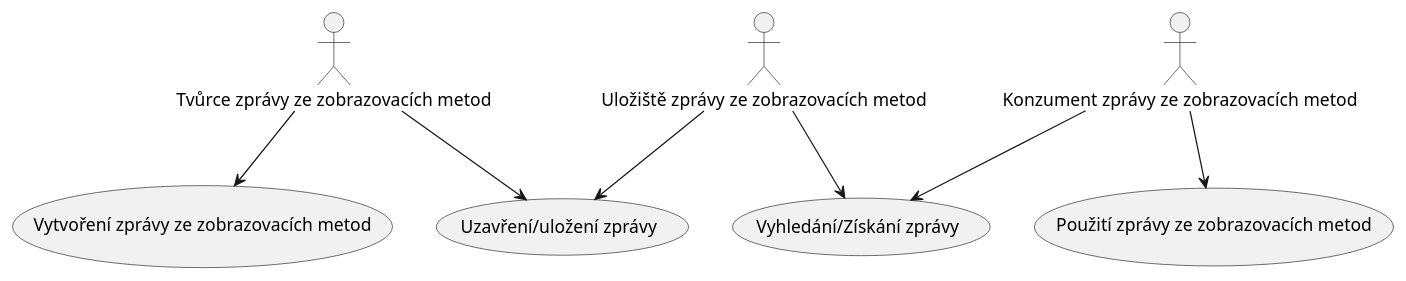
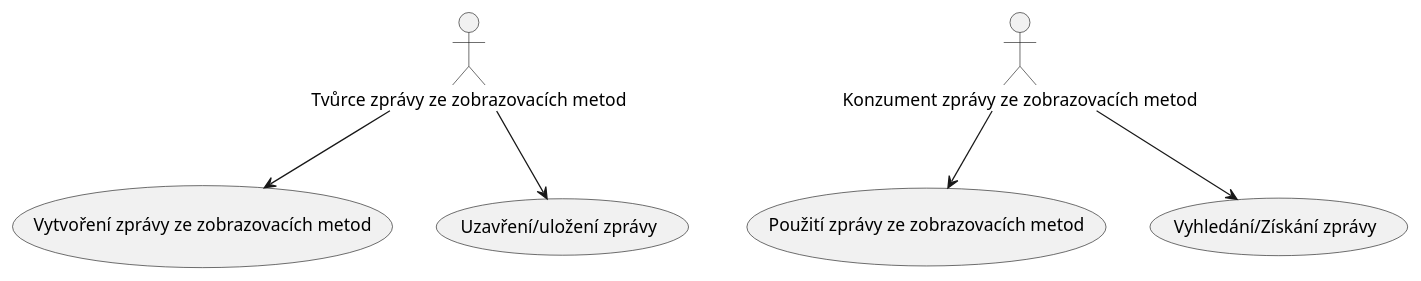
One commit to HL7-cz/img changed the diagram in input/images-source/imgReport_Actors-cs.plantuml. Above: the diagram before and after it, drawn with PlantUML. The commit also changed 8 other files, not shown here.

```diff
--- a/input/images-source/imgReport_Actors-cs.plantuml
+++ b/input/images-source/imgReport_Actors-cs.plantuml
@@ -1,17 +1,14 @@
 @startuml
 "Tvůrce zprávy ze zobrazovacích metod" as creator
-"Uložiště zprávy ze zobrazovacích metod" as repos
 "Konzument zprávy ze zobrazovacích metod" as consumer
 "Vytvoření zprávy ze zobrazovacích metod" as (create)
 "Použití zprávy ze zobrazovacích metod" as (use)
 
 "Uzavření/uložení zprávy" as (save)
 "Vyhledání/Získání zprávy" as (receive)
 
 creator --> (create)
 creator --> (save)
 consumer --> (use)
 consumer --> (receive)
-repos --> (save)
-repos --> (receive)
 @enduml
```
